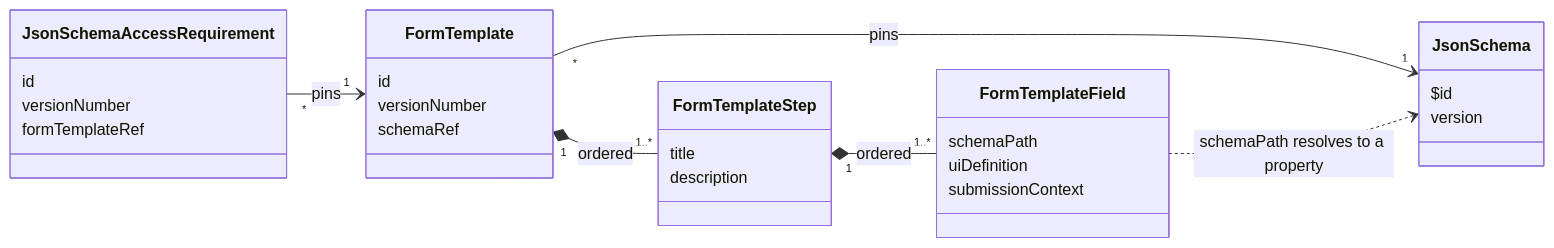
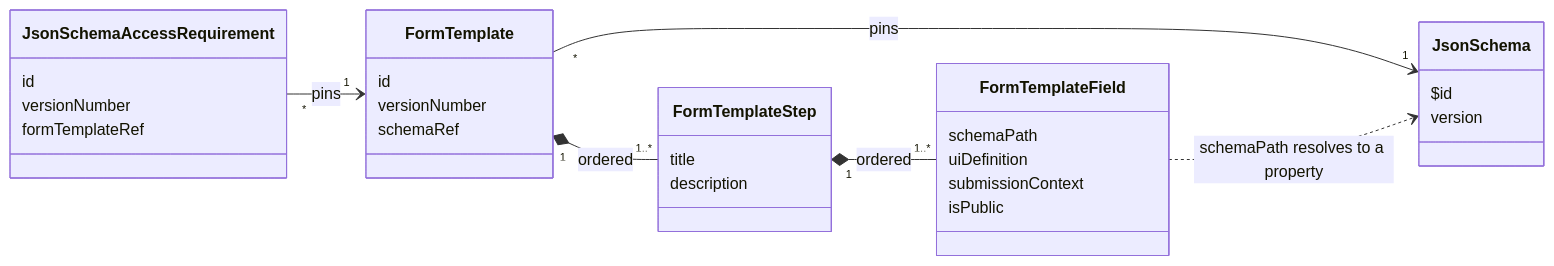
The first of 3 diagrams in designs/FormTemplate.md (Sage-Bionetworks/synapse-web-monorepo), drawn with Mermaid before and after one commit. The commit also changed other lines of this file and 23 other files, not shown here.

````diff
--- a/designs/FormTemplate.md
+++ b/designs/FormTemplate.md
@@ -86,38 +94,39 @@
 ```mermaid
 classDiagram
       direction LR
 
       class JsonSchemaAccessRequirement {
           id
           versionNumber
           formTemplateRef
       }
 
       class FormTemplate {
           id
           versionNumber
           schemaRef
       }
 
       class JsonSchema {
           $id
           version
       }
 
       class FormTemplateStep {
           title
           description
       }
 
       class FormTemplateField {
           schemaPath
           uiDefinition
           submissionContext
+          isPublic
       }
 
       JsonSchemaAccessRequirement "*" --> "1" FormTemplate : pins
       FormTemplate "*" --> "1" JsonSchema : pins
       FormTemplate "1" *-- "1..*" FormTemplateStep : ordered
       FormTemplateStep "1" *-- "1..*" FormTemplateField : ordered
       FormTemplateField ..> JsonSchema : schemaPath resolves to a property
 ```
````
